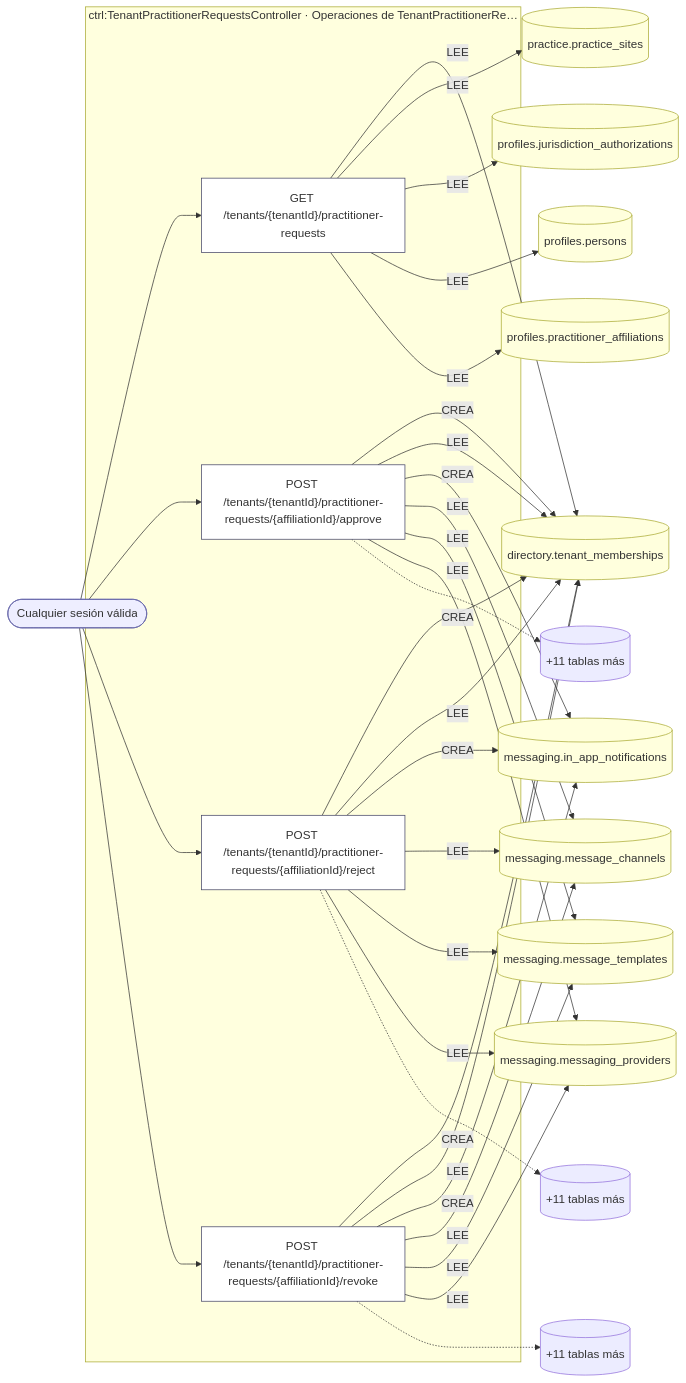
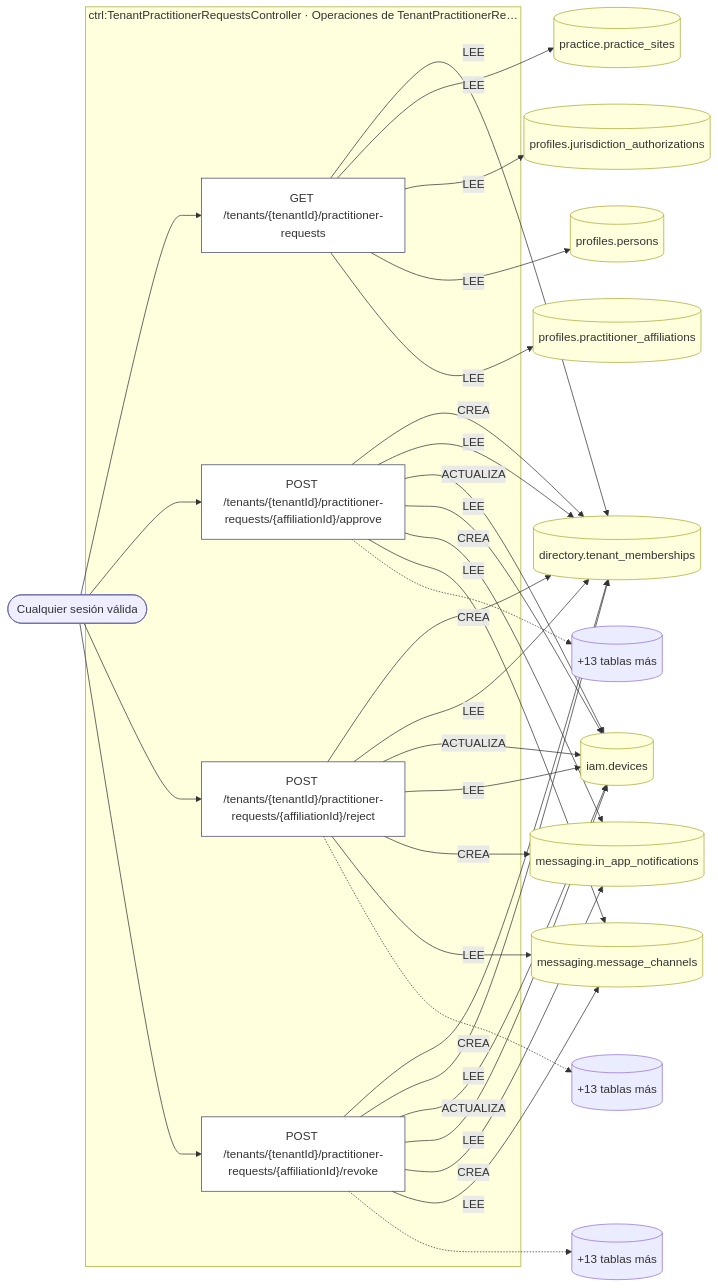
The fourth of 55 diagrams in docs/inventario/flujos/profiles.md (mdavila-2001/mantra-core-health-api), drawn with Mermaid before and after one commit. The commit also changed other lines of this file and 438 other files, not shown here.

````diff
--- a/docs/inventario/flujos/profiles.md
+++ b/docs/inventario/flujos/profiles.md
@@ -616,56 +614,55 @@
 ```mermaid
 flowchart LR
   a2(["Cualquier sesión válida"]):::actor
   t3[("directory.tenant_memberships")]:::tabla
   t4[("practice.practice_sites")]:::tabla
   t5[("profiles.jurisdiction_authorizations")]:::tabla
   t6[("profiles.persons")]:::tabla
   t7[("profiles.practitioner_affiliations")]:::tabla
-  t9[("messaging.in_app_notifications")]:::tabla
-  t10[("messaging.message_channels")]:::tabla
-  t11[("messaging.message_templates")]:::tabla
-  t12[("messaging.messaging_providers")]:::tabla
-  t13[("+11 tablas más")]
-  t15[("+11 tablas más")]
-  t17[("+11 tablas más")]
+  t9[("iam.devices")]:::tabla
+  t10[("messaging.in_app_notifications")]:::tabla
+  t11[("messaging.message_channels")]:::tabla
+  t12[("+13 tablas más")]
+  t14[("+13 tablas más")]
+  t16[("+13 tablas más")]
   subgraph s0["ctrl:TenantPractitionerRequestsController · Operaciones de TenantPractitionerRe…"]
     o1["GET /tenants/{tenantId}/practitioner-requests"]:::op
     o8["POST /tenants/{tenantId}/practitioner-requests/{affiliationId}/approve"]:::op
-    o14["POST /tenants/{tenantId}/practitioner-requests/{affiliationId}/reject"]:::op
-    o16["POST /tenants/{tenantId}/practitioner-requests/{affiliationId}/revoke"]:::op
+    o13["POST /tenants/{tenantId}/practitioner-requests/{affiliationId}/reject"]:::op
+    o15["POST /tenants/{tenantId}/practitioner-requests/{affiliationId}/revoke"]:::op
   end
   a2 --> o1
   o1 -->|"LEE"| t3
   o1 -->|"LEE"| t4
   o1 -->|"LEE"| t5
   o1 -->|"LEE"| t6
   o1 -->|"LEE"| t7
   a2 --> o8
   o8 -->|"CREA"| t3
   o8 -->|"LEE"| t3
-  o8 -->|"CREA"| t9
-  o8 -->|"LEE"| t10
+  o8 -->|"ACTUALIZA"| t9
+  o8 -->|"LEE"| t9
+  o8 -->|"CREA"| t10
   o8 -->|"LEE"| t11
-  o8 -->|"LEE"| t12
-  o8 -.-> t13
-  a2 --> o14
-  o14 -->|"CREA"| t3
-  o14 -->|"LEE"| t3
-  o14 -->|"CREA"| t9
-  o14 -->|"LEE"| t10
-  o14 -->|"LEE"| t11
-  o14 -->|"LEE"| t12
-  o14 -.-> t15
-  a2 --> o16
-  o16 -->|"CREA"| t3
-  o16 -->|"LEE"| t3
-  o16 -->|"CREA"| t9
-  o16 -->|"LEE"| t10
-  o16 -->|"LEE"| t11
-  o16 -->|"LEE"| t12
-  o16 -.-> t17
+  o8 -.-> t12
+  a2 --> o13
+  o13 -->|"CREA"| t3
+  o13 -->|"LEE"| t3
+  o13 -->|"ACTUALIZA"| t9
+  o13 -->|"LEE"| t9
+  o13 -->|"CREA"| t10
+  o13 -->|"LEE"| t11
+  o13 -.-> t14
+  a2 --> o15
+  o15 -->|"CREA"| t3
+  o15 -->|"LEE"| t3
+  o15 -->|"ACTUALIZA"| t9
+  o15 -->|"LEE"| t9
+  o15 -->|"CREA"| t10
+  o15 -->|"LEE"| t11
+  o15 -.-> t16
   classDef op fill:#fff,stroke:#446
   classDef actor fill:#eef,stroke:#66a
   classDef tabla fill:#ffd,stroke:#aa3
   classDef evento fill:#efe,stroke:#3a3
 ```
````
